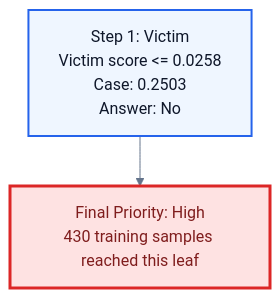
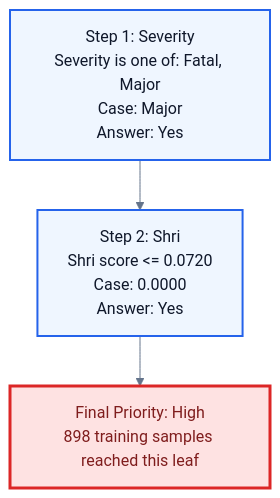
The diagram in case_priority_system/decision_graphs/Fictional_Case_Report_Test_decision_report.md (The-Yesh21/Anavaya-back-end), drawn with Mermaid before and after one commit. The commit also changed other lines of this file and 40 other files, not shown here.

First line of the commit message:
Add CLAUDE.md, courtroom data, and new case ANV-2026-0004 with updated decision graphs

````diff
--- a/case_priority_system/decision_graphs/Fictional_Case_Report_Test_decision_report.md
+++ b/case_priority_system/decision_graphs/Fictional_Case_Report_Test_decision_report.md
@@ -107,9 +107,11 @@
 ```mermaid
 %%{init: {'theme': 'base', 'themeVariables': {'fontFamily': 'Inter, Arial', 'primaryColor': '#F8FAFC', 'primaryTextColor': '#0F172A', 'primaryBorderColor': '#64748B', 'lineColor': '#64748B'}} }%%
 flowchart TD
-  N0["Step 1: Victim<br/>Victim score <= 0.0258<br/>Case: 0.2503<br/>Answer: No"]:::decision
-  N1["Final Priority: High<br/>430 training samples reached this leaf"]:::leaf
+  N0["Step 1: Severity<br/>Severity is one of: Fatal, Major<br/>Case: Major<br/>Answer: Yes"]:::decision
+  N1["Step 2: Shri<br/>Shri score <= 0.0720<br/>Case: 0.0000<br/>Answer: Yes"]:::decision
   N0 --> N1
+  N2["Final Priority: High<br/>898 training samples reached this leaf"]:::leaf
+  N1 --> N2
   classDef decision fill:#EFF6FF,stroke:#2563EB,stroke-width:2px,color:#0F172A;
   classDef leaf fill:#FEE2E2,stroke:#DC2626,stroke-width:3px,color:#7F1D1D;
 ```
````
